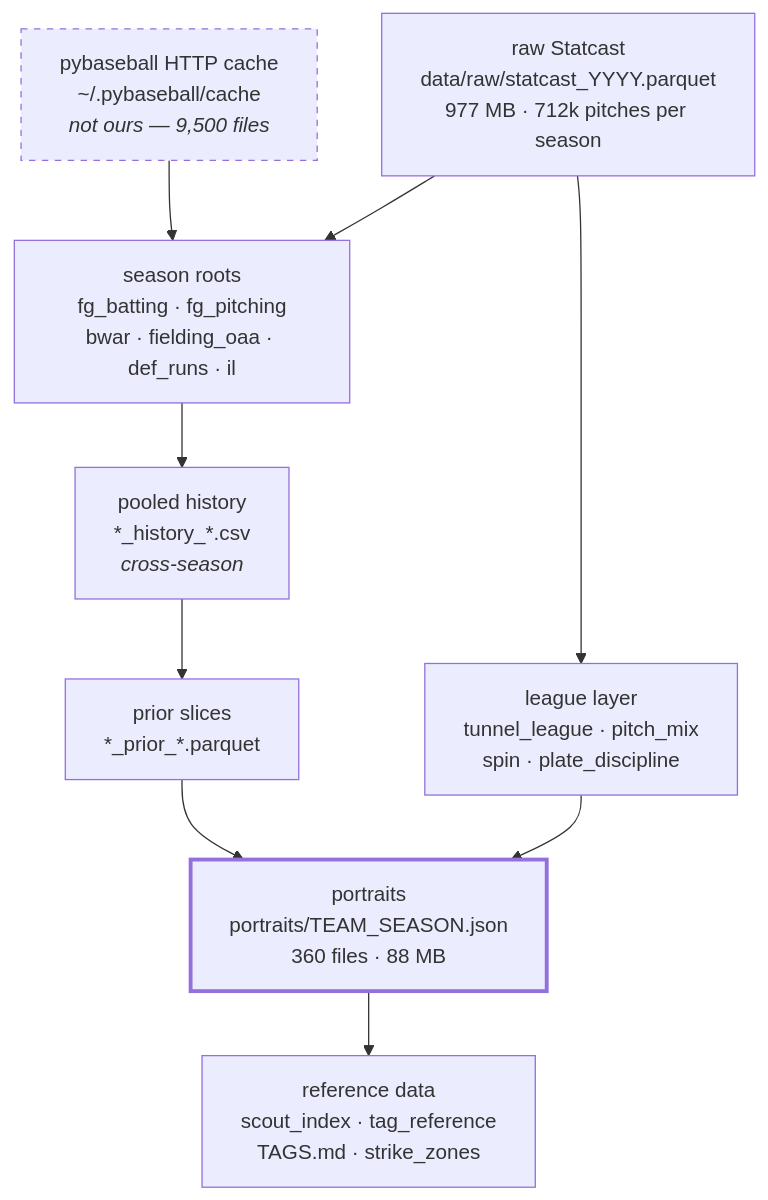
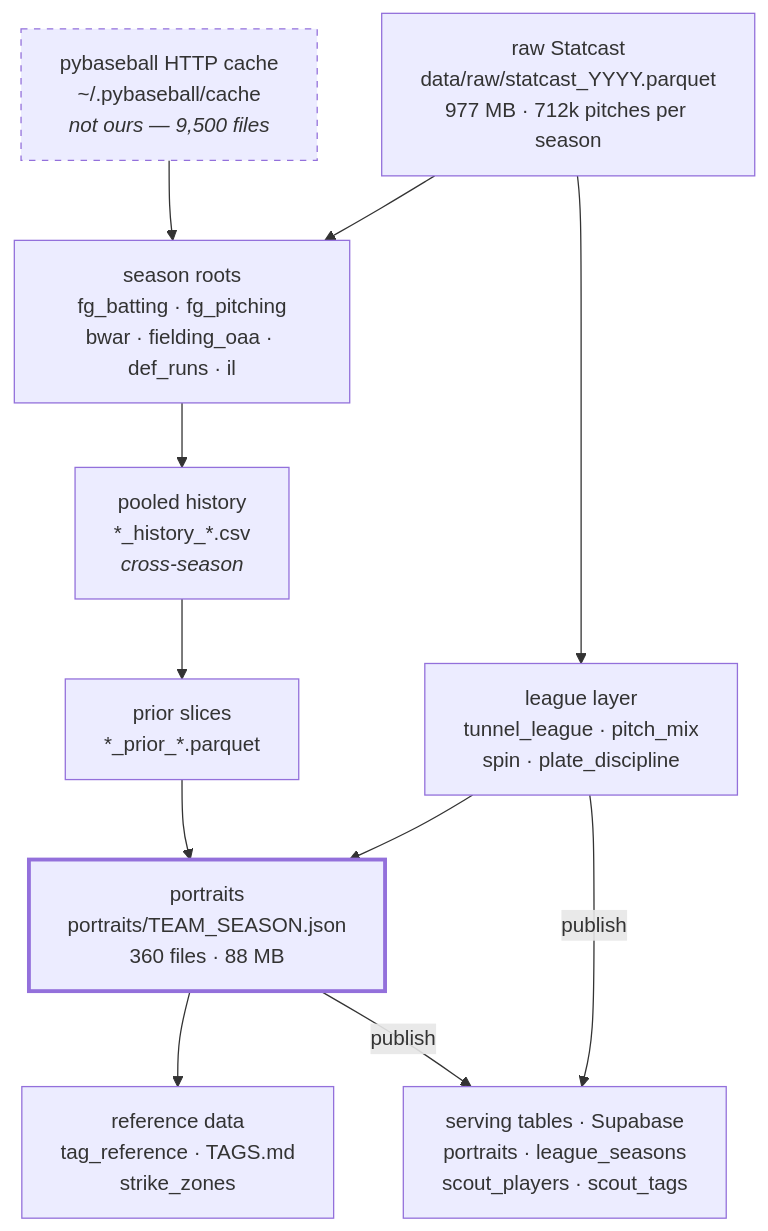
Before and after one commit to SebastianAbarca/baseball-analytics: the first of 7 diagrams in docs/ARCHITECTURE.md, drawn with Mermaid. The commit also changed other lines of this file and 21 other files, not shown here.

````diff
--- a/docs/ARCHITECTURE.md
+++ b/docs/ARCHITECTURE.md
@@ -25,21 +25,24 @@
 ```mermaid
 flowchart TD
     A["pybaseball HTTP cache<br/>~/.pybaseball/cache<br/><i>not ours — 9,500 files</i>"]
     B["raw Statcast<br/>data/raw/statcast_YYYY.parquet<br/>977 MB · 712k pitches per season"]
     C["season roots<br/>fg_batting · fg_pitching<br/>bwar · fielding_oaa · def_runs · il"]
     D["pooled history<br/>*_history_*.csv<br/><i>cross-season</i>"]
     E["prior slices<br/>*_prior_*.parquet"]
     F["league layer<br/>tunnel_league · pitch_mix<br/>spin · plate_discipline"]
     G["portraits<br/>portraits/TEAM_SEASON.json<br/>360 files · 88 MB"]
-    H["reference data<br/>scout_index · tag_reference<br/>TAGS.md · strike_zones"]
+    H["reference data<br/>tag_reference · TAGS.md<br/>strike_zones"]
+    I["serving tables · Supabase<br/>portraits · league_seasons<br/>scout_players · scout_tags"]
 
     A --> C
     B --> C
     B --> F
     C --> D --> E --> G
     F --> G
     G --> H
+    G -->|publish| I
+    F -->|publish| I
 
     style A stroke-dasharray: 5 5
     style G stroke-width:3px
 ```
````
